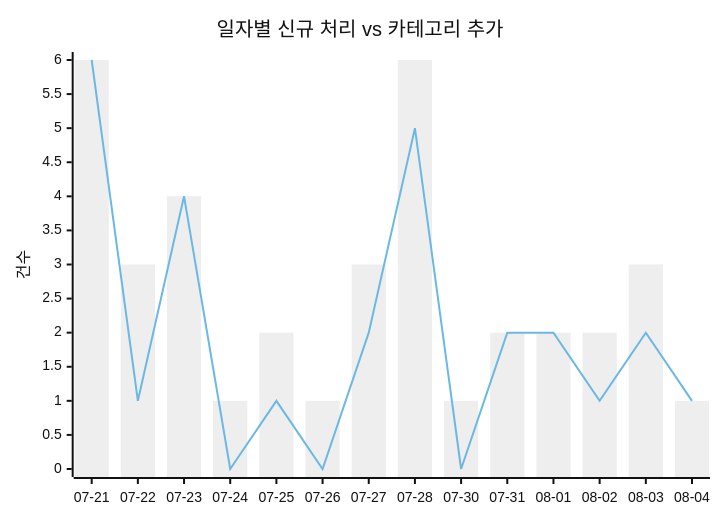
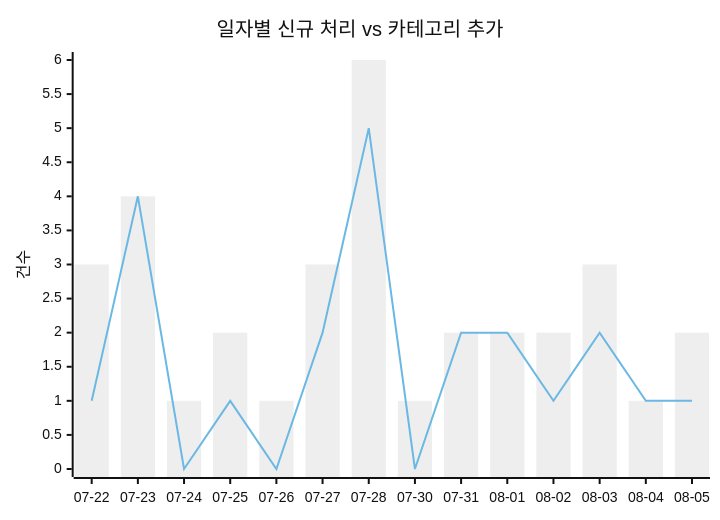
Before and after one commit to J-nowcow/awesome-korean-agent-skills: the first of 2 diagrams in docs/trends.md, drawn with Mermaid (neutral theme). The commit also changed other lines of this file and 3 other files, not shown here.

````diff
--- a/docs/trends.md
+++ b/docs/trends.md
@@ -32,8 +32,8 @@
 ```mermaid
 xychart-beta
     title "일자별 신규 처리 vs 카테고리 추가"
-    x-axis ["07-21","07-22","07-23","07-24","07-25","07-26","07-27","07-28","07-30","07-31","08-01","08-02","08-03","08-04"]
+    x-axis ["07-22","07-23","07-24","07-25","07-26","07-27","07-28","07-30","07-31","08-01","08-02","08-03","08-04","08-05"]
     y-axis "건수"
-    bar [6,3,4,1,2,1,3,6,1,2,2,2,3,1]
-    line [6,1,4,0,1,0,2,5,0,2,2,1,2,1]
+    bar [3,4,1,2,1,3,6,1,2,2,2,3,1,2]
+    line [1,4,0,1,0,2,5,0,2,2,1,2,1,1]
 ```
````
